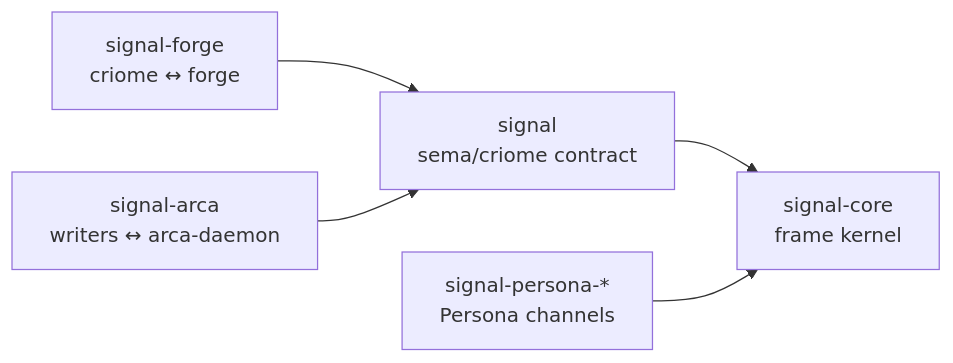
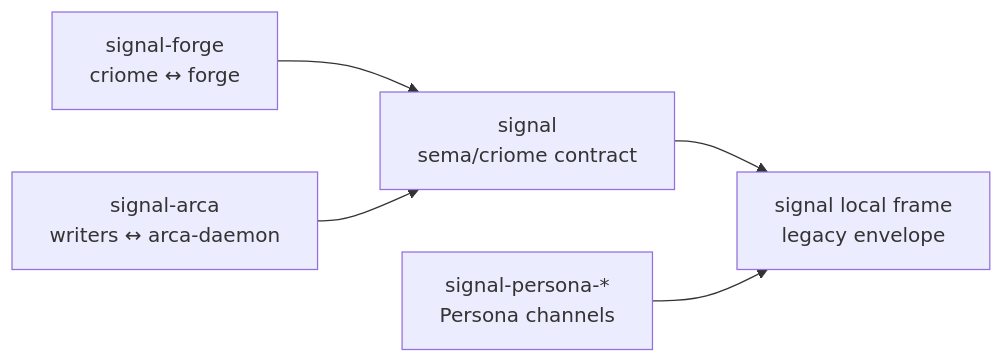
The diagram in ARCHITECTURE.md (LiGoldragon/signal), drawn with Mermaid before and after one commit. The commit also changed other lines of this file and 7 other files, not shown here.

Commit message:
signal: remove signal-core pattern dependency

````diff
--- a/ARCHITECTURE.md
+++ b/ARCHITECTURE.md
@@ -82,13 +73,13 @@
 ```mermaid
 flowchart LR
-    core["signal-core<br/>frame kernel"]
+    core["signal local frame<br/>legacy envelope"]
     signal["signal<br/>sema/criome contract"]
     forge["signal-forge<br/>criome ↔ forge"]
     arca["signal-arca<br/>writers ↔ arca-daemon"]
     persona["signal-persona-*<br/>Persona channels"]
 
     signal --> core
     forge --> signal
     arca --> signal
     persona --> core
 ```
````
